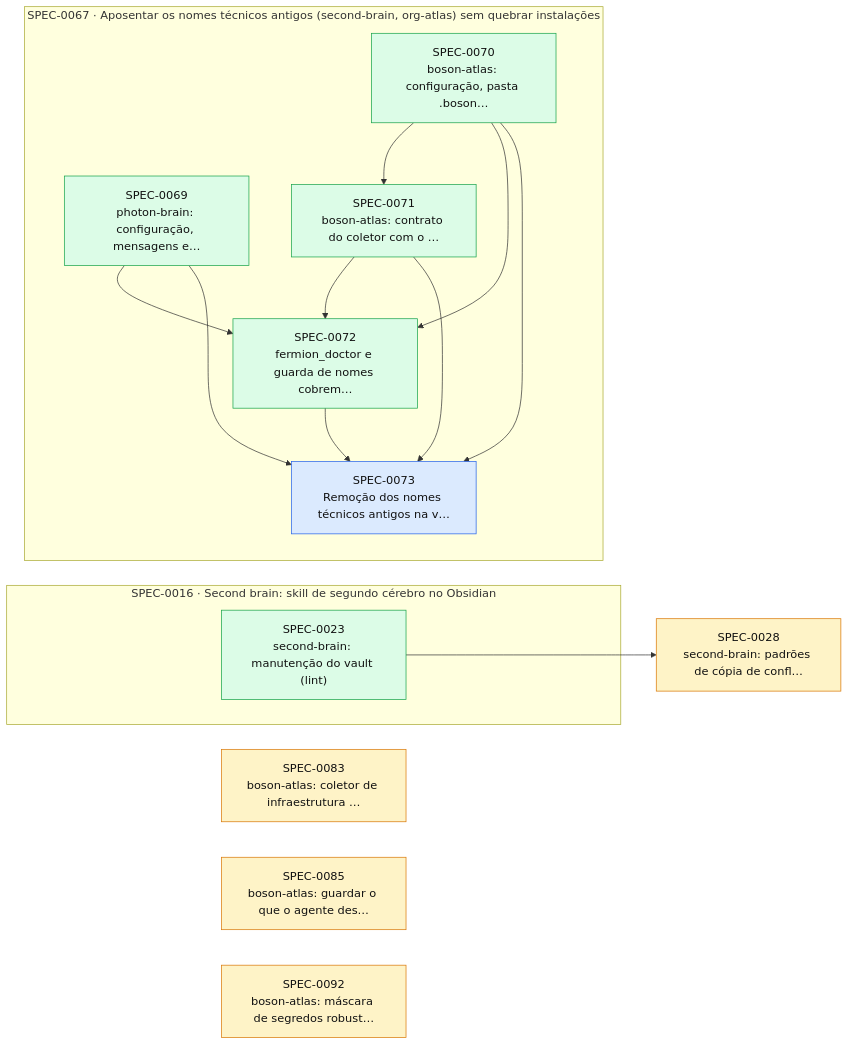
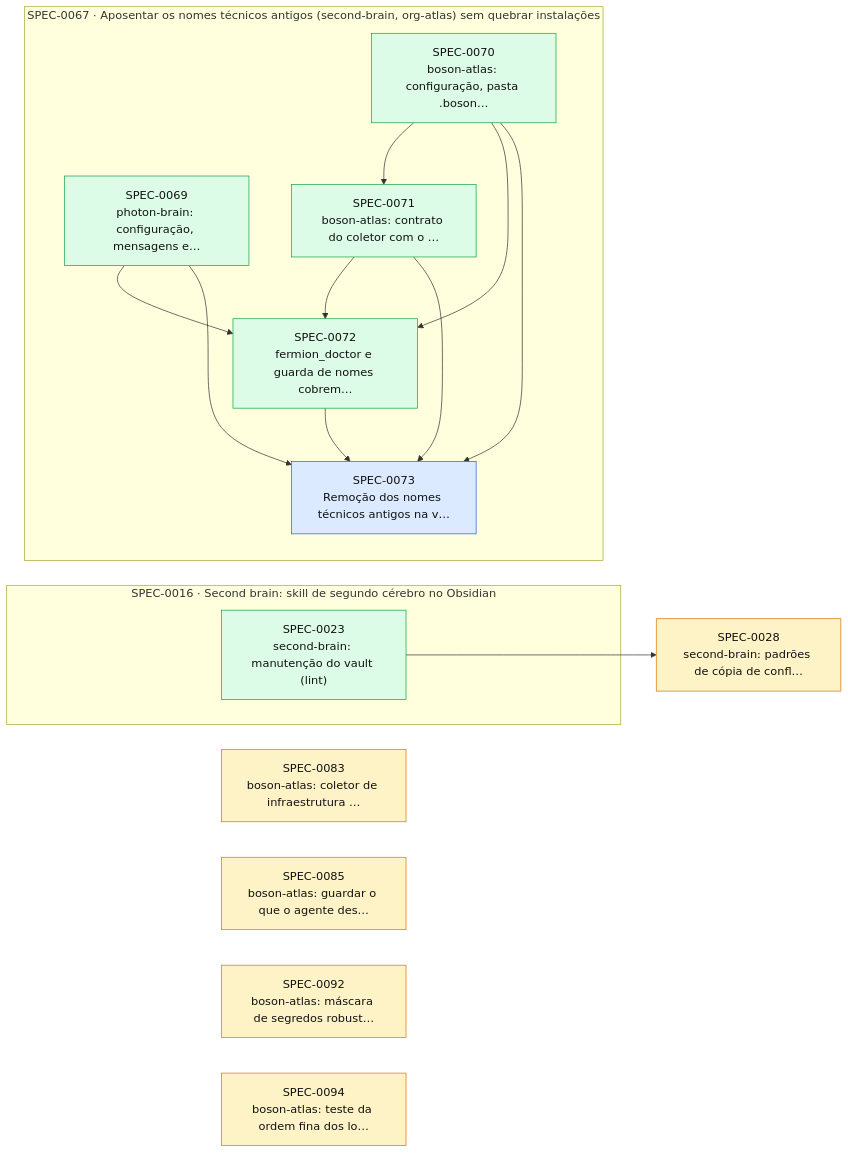
The diagram in docs/specs/INDEX.md (thomasravache/ai-dev-brain), drawn with Mermaid before and after one commit. The commit also changed other lines of this file and 1 other file, not shown here.

First line of the commit message:
docs(specs): cria a SPEC-0094 (teste da ordem fina dos logs instável)

````diff
--- a/docs/specs/INDEX.md
+++ b/docs/specs/INDEX.md
@@ -65,31 +66,32 @@
 ```mermaid
 flowchart LR
   S0028["SPEC-0028<br/>second-brain: padrões de cópia de confl…"]:::proposed
   S0083["SPEC-0083<br/>boson-atlas: coletor de infraestrutura …"]:::proposed
   S0085["SPEC-0085<br/>boson-atlas: guardar o que o agente des…"]:::proposed
   S0092["SPEC-0092<br/>boson-atlas: máscara de segredos robust…"]:::proposed
+  S0094["SPEC-0094<br/>boson-atlas: teste da ordem fina dos lo…"]:::proposed
   subgraph E0016["SPEC-0016 · Second brain: skill de segundo cérebro no Obsidian"]
     S0023["SPEC-0023<br/>second-brain: manutenção do vault (lint)"]:::implemented
   end
   subgraph E0067["SPEC-0067 · Aposentar os nomes técnicos antigos (second-brain, org-atlas) sem quebrar instalações"]
     S0069["SPEC-0069<br/>photon-brain: configuração, mensagens e…"]:::implemented
     S0070["SPEC-0070<br/>boson-atlas: configuração, pasta .boson…"]:::implemented
     S0071["SPEC-0071<br/>boson-atlas: contrato do coletor com o …"]:::implemented
     S0072["SPEC-0072<br/>fermion_doctor e guarda de nomes cobrem…"]:::implemented
     S0073["SPEC-0073<br/>Remoção dos nomes técnicos antigos na v…"]:::approved
   end
   S0023 --> S0028
   S0070 --> S0071
   S0069 --> S0072
   S0070 --> S0072
   S0071 --> S0072
   S0069 --> S0073
   S0070 --> S0073
   S0071 --> S0073
   S0072 --> S0073
   classDef proposed fill:#fef3c7,stroke:#d97706,color:#111
   classDef approved fill:#dbeafe,stroke:#2563eb,color:#111
   classDef inprogress fill:#ede9fe,stroke:#7c3aed,color:#111
   classDef implemented fill:#dcfce7,stroke:#16a34a,color:#111
   classDef deprecated fill:#f3f4f6,stroke:#9ca3af,color:#6b7280
 ```
````
